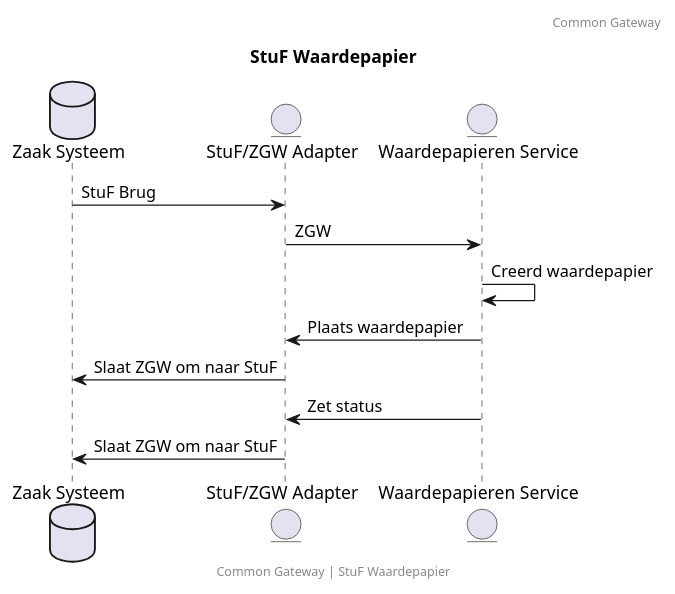
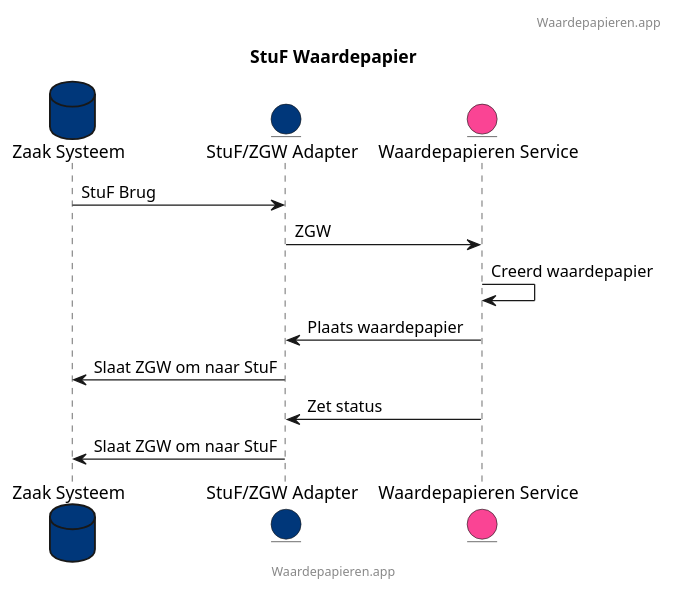
One commit to CommonGateway/WaardepapierenBundle changed the diagram in docs/stuf_waardepapier.puml. Above: the diagram before and after it, drawn with PlantUML. The commit also changed 8 other files, not shown here.

```diff
--- a/docs/stuf_waardepapier.puml
+++ b/docs/stuf_waardepapier.puml
@@ -1,18 +1,19 @@
 @startuml
 title: StuF Waardepapier
-footer: Common Gateway | StuF Waardepapier
-header: Common Gateway
+footer: Waardepapieren.app
+header: Waardepapieren.app
+skinparam backgroundColor transparent
 
-database "Zaak Systeem" as ZS
-entity "StuF/ZGW Adapter" as Adapter
-entity "Waardepapieren Service" as WP
+database "Zaak Systeem" as ZS #00377a
+entity "StuF/ZGW Adapter" as Adapter #00377a
+entity "Waardepapieren Service" as WP #fa4494
 
 ZS -> Adapter: StuF Brug
 Adapter -> WP: ZGW
 WP -> WP: Creerd waardepapier
 WP -> Adapter: Plaats waardepapier
 Adapter -> ZS: Slaat ZGW om naar StuF
 WP -> Adapter: Zet status
 Adapter -> ZS: Slaat ZGW om naar StuF
 
 @enduml
```
